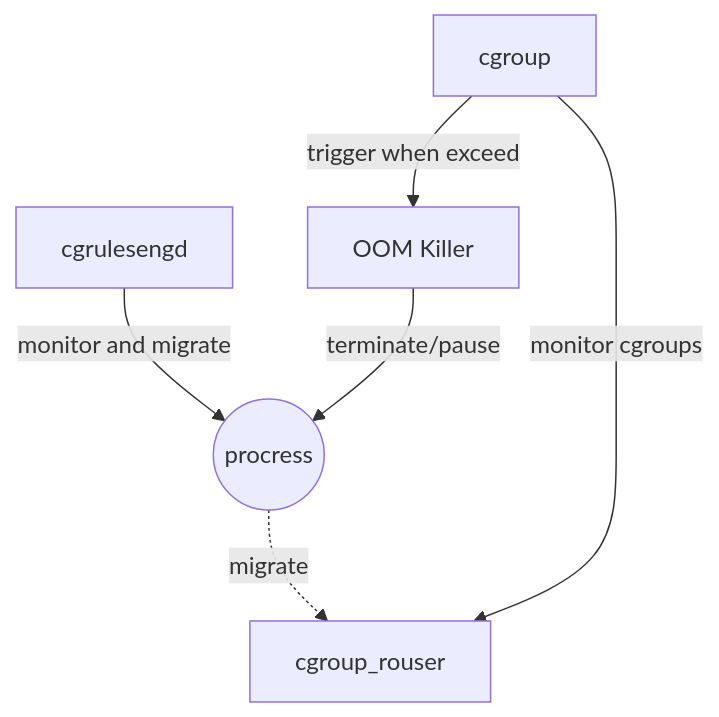
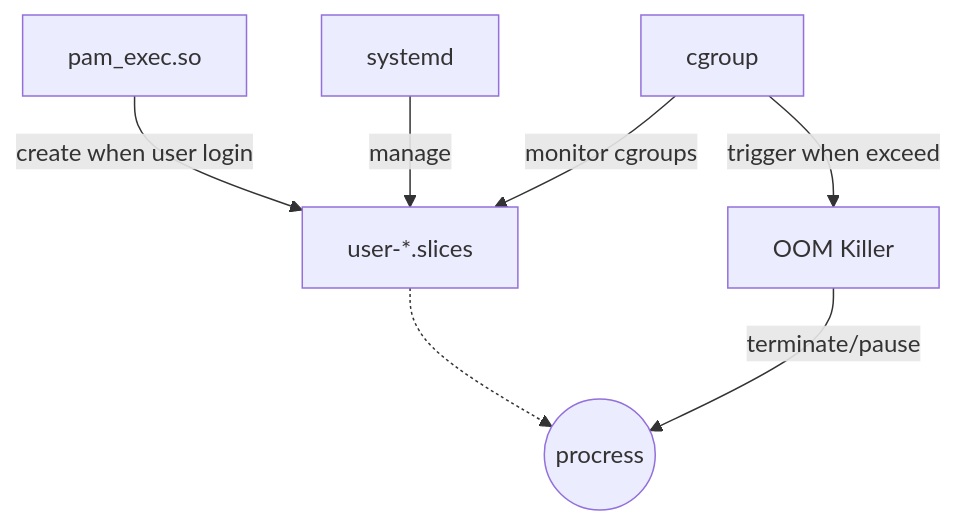
One commit to liuh-80/SONiC changed the third of 3 diagrams in doc/limit/Limit Ligin and Memory design.md. Above: the diagram before and after it, drawn with Mermaid. The commit also changed other lines of this file, not shown here.

````diff
--- a/doc/limit/Limit Ligin and Memory design.md
+++ b/doc/limit/Limit Ligin and Memory design.md
@@ -116,13 +150,16 @@
 ```mermaid
 flowchart  TB  
-%% cgrulesengd will monitor process and migrate process by uid or gid
- cgrulesengd-- monitor and migrate -->procress((procress))
- procress-. migrate .->cgroup_rouser
-
+%% pam_exec.so plugin will create user slices when user login and cleanup when user logout
+ pam_exec.so-- create when user login -->user-*.slices
+ 
+%% systemd will manage cgroup and migrate process by uid
+ systemd-- manage -->user-*.slices
+ user-*.slices-.->procress
+ 
 %% cgroup will monitor cgroups
- cgroup-- monitor cgroups -->cgroup_rouser
+ cgroup-- monitor cgroups -->user-*.slices
 
 %% when resource exceed limit, cgroup will trigger OOM killer
  cgroup-- trigger when exceed -->OOMkiller[OOM Killer]
- OOMkiller -- terminate/pause --> procress
+ OOMkiller -- terminate/pause --> procress((procress))
 ```
````
